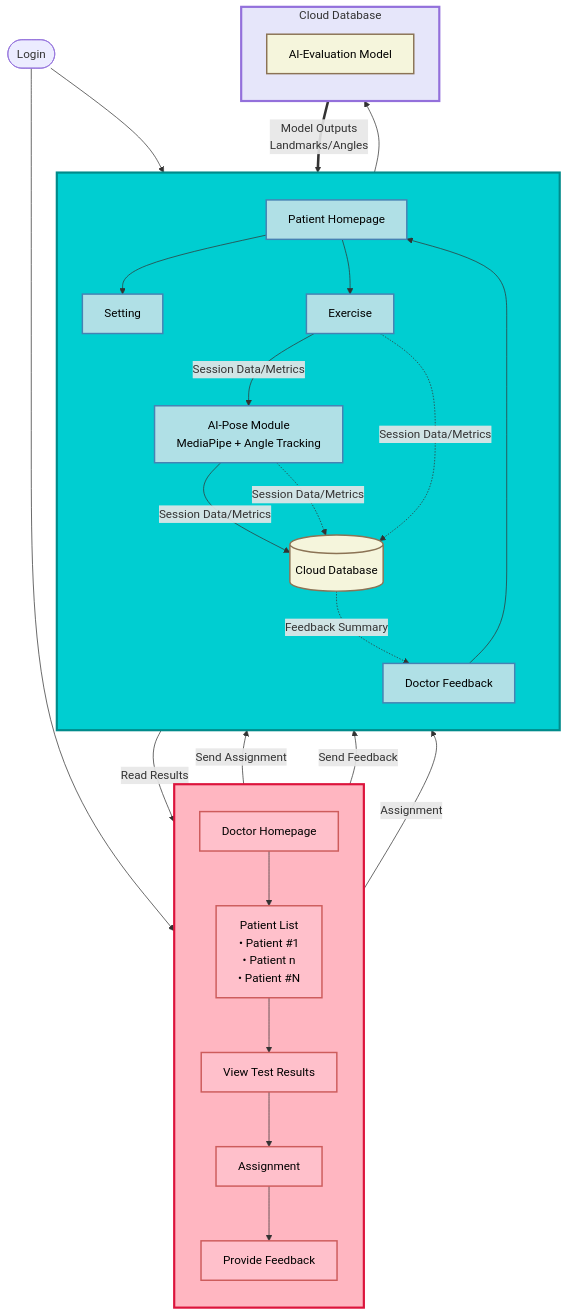
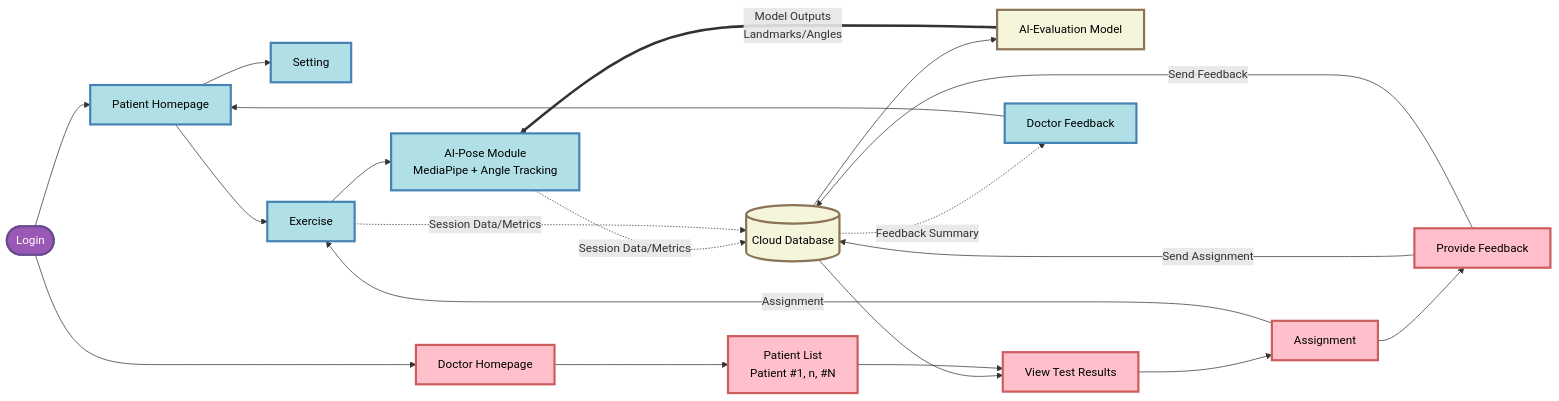
The diagram in SYSTEM_ARCHITECTURE_FLOWCHART.md (majidsafwaan2/gymguard), drawn with Mermaid before and after one commit.

Commit message:
Convert system architecture to horizontal LR layout

````diff
--- a/SYSTEM_ARCHITECTURE_FLOWCHART.md
+++ b/SYSTEM_ARCHITECTURE_FLOWCHART.md
@@ -3,79 +3,41 @@
 ```mermaid
-flowchart TD
-    Login([Login])
-    
-    Login --> PatientHome
+flowchart LR
+    Login([Login]) --> PatientHome
     Login --> DoctorHome
     
-    subgraph PatientSwimlane[" "]
-        direction TB
-        style PatientSwimlane fill:#00CED1,stroke:#008B8B,stroke-width:3px
-        
-        PatientHome[Patient Homepage]
-        Setting[Setting]
-        Exercise[Exercise]
-        AIPose["AI-Pose Module<br/>MediaPipe + Angle Tracking"]
-        DocFeedback[Doctor Feedback]
-        
-        PatientHome --> Setting
-        PatientHome --> Exercise
-        Exercise -->|Session Data/Metrics| AIPose
-        AIPose -->|Session Data/Metrics| CloudDB
-        DocFeedback --> PatientHome
-    end
+    PatientHome[Patient Homepage] --> Setting[Setting]
+    PatientHome --> Exercise[Exercise]
+    Exercise --> AIPose["AI-Pose Module<br/>MediaPipe + Angle Tracking"]
     
-    subgraph DoctorSwimlane[" "]
-        direction TB
-        style DoctorSwimlane fill:#FFB6C1,stroke:#DC143C,stroke-width:3px
-        
-        DoctorHome[Doctor Homepage]
-        PatientList["Patient List<br/>• Patient #1<br/>• Patient n<br/>• Patient #N"]
-        ViewResults[View Test Results]
-        Assignment[Assignment]
-        ProvideFeedback[Provide Feedback]
-        
-        DoctorHome --> PatientList
-        PatientList --> ViewResults
-        ViewResults --> Assignment
-        Assignment --> ProvideFeedback
-    end
+    AIPose -.->|Session Data/Metrics| CloudDB[(Cloud Database)]
+    Exercise -.->|Session Data/Metrics| CloudDB
     
-    subgraph CloudCluster["Cloud Database"]
-        direction TB
-        style CloudCluster fill:#E6E6FA,stroke:#9370DB,stroke-width:3px
-        
-        CloudDB[(Cloud Database)]
-        AIModel[AI-Evaluation Model]
-        
-        CloudDB --> AIModel
-    end
+    CloudDB --> AIModel[AI-Evaluation Model]
+    AIModel ==>|Model Outputs<br/>Landmarks/Angles| AIPose
     
-    %% Patient to Cloud - Blue links (Session Data/Metrics)
-    Exercise -.->|"Session Data/Metrics"| CloudDB
-    AIPose -.->|"Session Data/Metrics"| CloudDB
+    CloudDB --> ViewResults[View Test Results]
     
-    %% AI Model Outputs - Orange links (Landmarks/Angles)
-    AIModel ==>|"Model Outputs<br/>Landmarks/Angles"| AIPose
+    DoctorHome[Doctor Homepage] --> PatientList["Patient List<br/>Patient #1, n, #N"]
+    PatientList --> ViewResults
+    ViewResults --> Assignment[Assignment]
+    Assignment --> ProvideFeedback[Provide Feedback]
     
-    %% Cloud to Doctor - Doctor reads results
-    CloudDB -->|"Read Results"| ViewResults
+    ProvideFeedback -->|Send Assignment| CloudDB
+    ProvideFeedback -->|Send Feedback| CloudDB
     
-    %% Doctor to Cloud - Send Assignment and Feedback
-    ProvideFeedback -->|"Send Assignment"| CloudDB
-    ProvideFeedback -->|"Send Feedback"| CloudDB
+    CloudDB -.->|Feedback Summary| DocFeedback[Doctor Feedback]
+    DocFeedback --> PatientHome
     
-    %% Cloud to Patient - Green links (Feedback Summary)
-    CloudDB -.->|"Feedback Summary"| DocFeedback
-    
-    %% Cross-lane: Assignment to Patient Exercise
-    Assignment -->|"Assignment"| Exercise
+    Assignment -->|Assignment| Exercise
     
     %% Styling - Node backgrounds (soft panels)
-    classDef patientNode fill:#B0E0E6,stroke:#4682B4,stroke-width:2px,color:#000
-    classDef doctorNode fill:#FFC0CB,stroke:#CD5C5C,stroke-width:2px,color:#000
-    classDef cloudNode fill:#F5F5DC,stroke:#8B7355,stroke-width:2px,color:#000
+    classDef patientNode fill:#B0E0E6,stroke:#4682B4,stroke-width:3px,color:#000
+    classDef doctorNode fill:#FFC0CB,stroke:#CD5C5C,stroke-width:3px,color:#000
+    classDef cloudNode fill:#F5F5DC,stroke:#8B7355,stroke-width:3px,color:#000
+    classDef start fill:#9B59B6,stroke:#6A4C93,stroke-width:3px,color:#fff
     
     class PatientHome,Setting,Exercise,AIPose,DocFeedback patientNode
     class DoctorHome,PatientList,ViewResults,Assignment,ProvideFeedback doctorNode
     class CloudDB,AIModel cloudNode
+    class Login start
 ```
````
